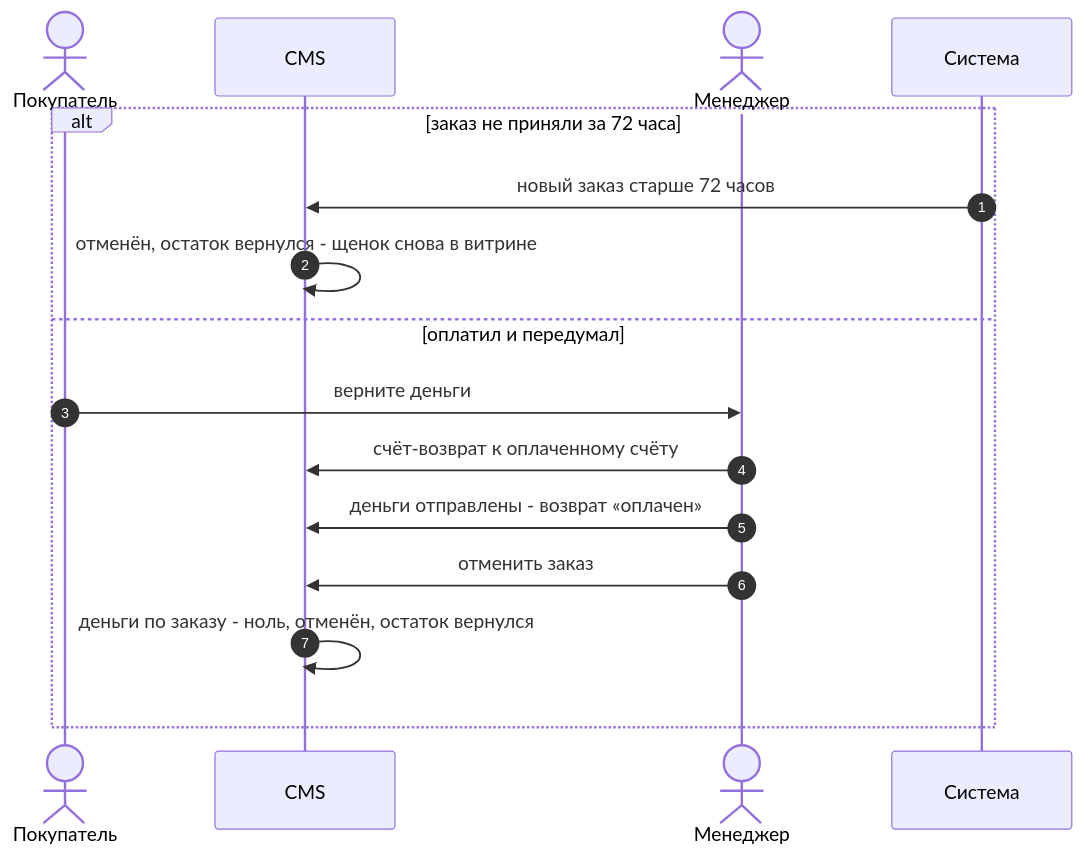
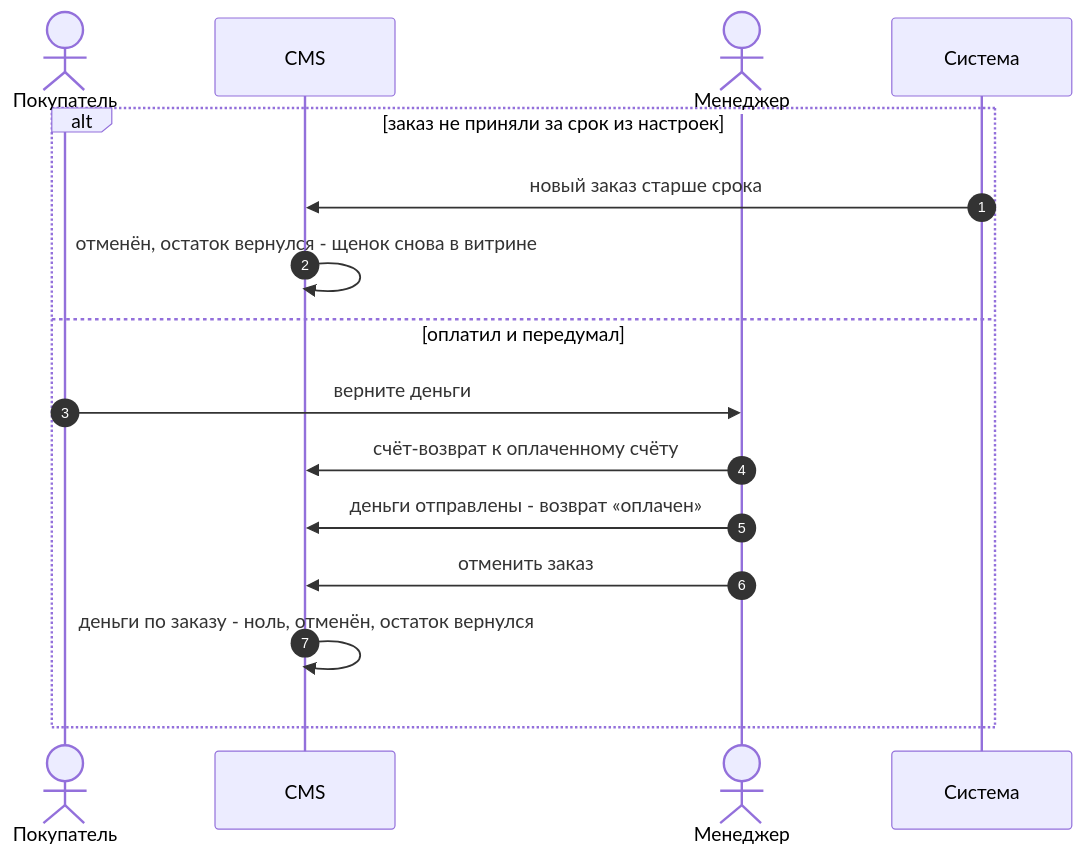
Before and after one commit to Vovanda/WebHolyGrail: the fifth of 5 diagrams in docs/whg/43-shop.md, drawn with Mermaid. The commit also changed other lines of this file, not shown here.

````diff
--- a/docs/whg/43-shop.md
+++ b/docs/whg/43-shop.md
@@ -310,19 +318,19 @@
 ```mermaid
 sequenceDiagram
     autonumber
     actor П as Покупатель
     participant Д as CMS
     actor М as Менеджер
     participant С as Система
 
-    alt заказ не приняли за 72 часа
-        С->>Д: новый заказ старше 72 часов
+    alt заказ не приняли за срок из настроек
+        С->>Д: новый заказ старше срока
         Д->>Д: отменён, остаток вернулся - щенок снова в витрине
     else оплатил и передумал
         П->>М: верните деньги
         М->>Д: счёт-возврат к оплаченному счёту
         М->>Д: деньги отправлены - возврат «оплачен»
         М->>Д: отменить заказ
         Д->>Д: деньги по заказу - ноль, отменён, остаток вернулся
     end
 ```
````
